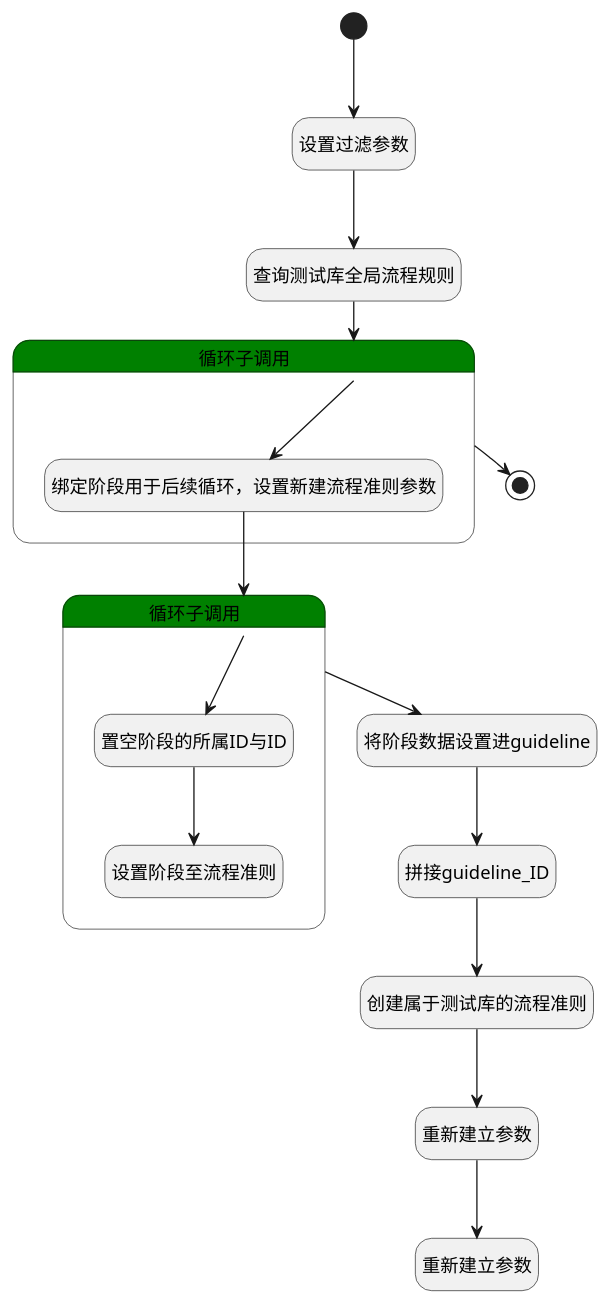
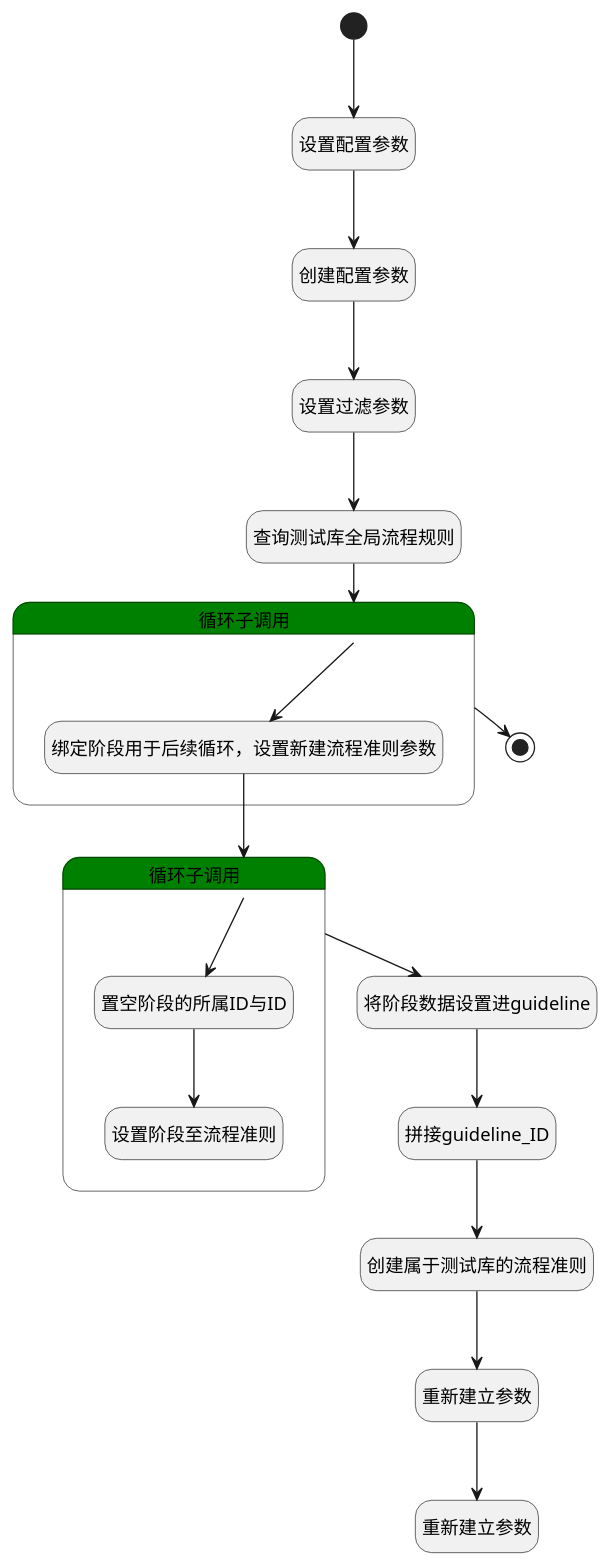
One commit to iBizLab/plm changed the diagram in doc/docsify/module/TestMgmt/library/logic/auto_create_guideline.md. Above: the diagram before and after it, drawn with PlantUML. The commit also changed other lines of this file and 726 other files, not shown here.

````diff
--- a/doc/docsify/module/TestMgmt/library/logic/auto_create_guideline.md
+++ b/doc/docsify/module/TestMgmt/library/logic/auto_create_guideline.md
@@ -7,45 +7,49 @@
 ```plantuml
 @startuml
 hide empty description
 <style>
 root {
   HyperlinkColor #42b983
 }
 </style>
 
 hide empty description
 state "开始" as Begin <<start>> [[$./auto_create_guideline#begin {"开始"}]]
+state "创建配置参数" as DEACTION2  [[$./auto_create_guideline#deaction2 {"创建配置参数"}]]
 state "设置过滤参数" as PREPAREPARAM2  [[$./auto_create_guideline#prepareparam2 {"设置过滤参数"}]]
+state "设置配置参数" as PREPAREPARAM7  [[$./auto_create_guideline#prepareparam7 {"设置配置参数"}]]
 state "查询测试库全局流程规则" as DEDATASET1  [[$./auto_create_guideline#dedataset1 {"查询测试库全局流程规则"}]]
 state "将阶段数据设置进guideline" as PREPAREPARAM6  [[$./auto_create_guideline#prepareparam6 {"将阶段数据设置进guideline"}]]
 state "拼接guideline_ID" as RAWSFCODE1  [[$./auto_create_guideline#rawsfcode1 {"拼接guideline_ID"}]]
 state "创建属于测试库的流程准则" as DEACTION3  [[$./auto_create_guideline#deaction3 {"创建属于测试库的流程准则"}]]
 state "结束" as END1 <<end>> [[$./auto_create_guideline#end1 {"结束"}]]
 state "重新建立参数" as RENEWPARAM1  [[$./auto_create_guideline#renewparam1 {"重新建立参数"}]]
 state "重新建立参数" as RENEWPARAM2  [[$./auto_create_guideline#renewparam2 {"重新建立参数"}]]
 state "循环子调用" as LOOPSUBCALL1  [[$./auto_create_guideline#loopsubcall1 {"循环子调用"}]] #green {
 state "绑定阶段用于后续循环，设置新建流程准则参数" as PREPAREPARAM4  [[$./auto_create_guideline#prepareparam4 {"绑定阶段用于后续循环，设置新建流程准则参数"}]]
 }
 state "循环子调用" as LOOPSUBCALL2  [[$./auto_create_guideline#loopsubcall2 {"循环子调用"}]] #green {
 state "置空阶段的所属ID与ID" as PREPAREPARAM3  [[$./auto_create_guideline#prepareparam3 {"置空阶段的所属ID与ID"}]]
 state "设置阶段至流程准则" as PREPAREPARAM5  [[$./auto_create_guideline#prepareparam5 {"设置阶段至流程准则"}]]
 }
 
 
-Begin --> PREPAREPARAM2
+Begin --> PREPAREPARAM7
+PREPAREPARAM7 --> DEACTION2
+DEACTION2 --> PREPAREPARAM2
 PREPAREPARAM2 --> DEDATASET1
 DEDATASET1 --> LOOPSUBCALL1
 LOOPSUBCALL1 --> END1
 LOOPSUBCALL1 --> PREPAREPARAM4
 PREPAREPARAM4 --> LOOPSUBCALL2
 LOOPSUBCALL2 --> PREPAREPARAM3
 PREPAREPARAM3 --> PREPAREPARAM5
 LOOPSUBCALL2 --> PREPAREPARAM6
 PREPAREPARAM6 --> RAWSFCODE1
 RAWSFCODE1 --> DEACTION3
 DEACTION3 --> RENEWPARAM1
 RENEWPARAM1 --> RENEWPARAM2
 
 
 @enduml
 ```
````
